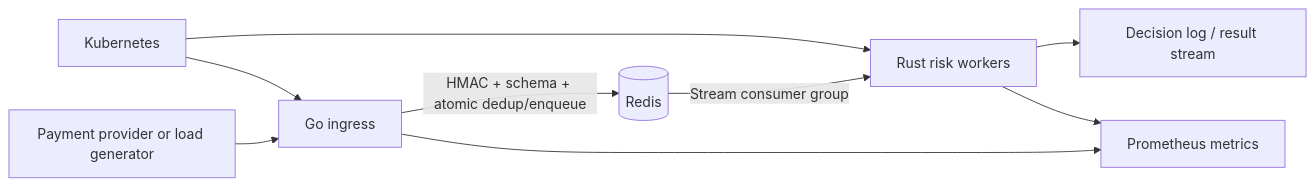
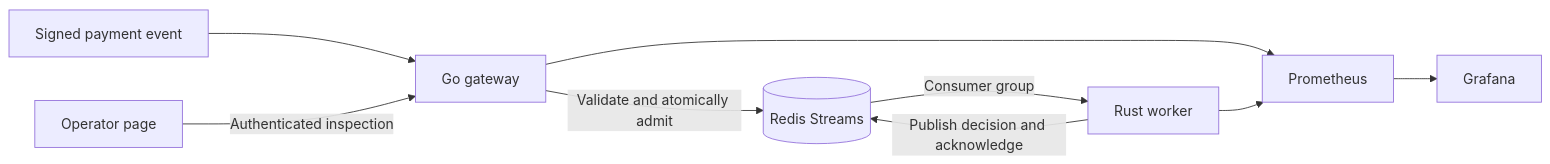
Before and after one commit to chinmayarvind23/pulse-gate: the diagram in README.md, drawn with Mermaid. The commit also changed other lines of this file and 29 other files, not shown here.

````diff
--- a/README.md
+++ b/README.md
@@ -21,11 +32,11 @@
 ```mermaid
 flowchart LR
-    P[Payment provider or load generator] --> G[Go ingress]
-    G -->|HMAC + schema + atomic dedup/enqueue| R[(Redis)]
-    R -->|Stream consumer group| W[Rust risk workers]
-    W --> O[Decision log / result stream]
-    G --> M[Prometheus metrics]
-    W --> M
-    K[Kubernetes] --> G
-    K --> W
+    Provider[Signed payment event] --> Gateway[Go gateway]
+    Gateway -->|Validate and atomically admit| Redis[(Redis Streams)]
+    Redis -->|Consumer group| Worker[Rust worker]
+    Worker -->|Publish decision and acknowledge| Redis
+    UI[Operator page] -->|Authenticated inspection| Gateway
+    Gateway --> Prometheus
+    Worker --> Prometheus
+    Prometheus --> Grafana
 ```
````
